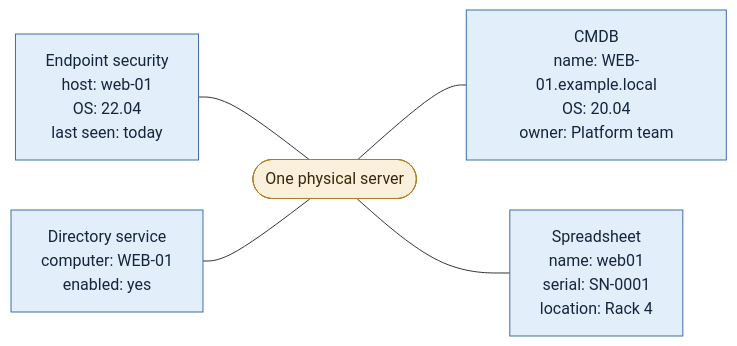
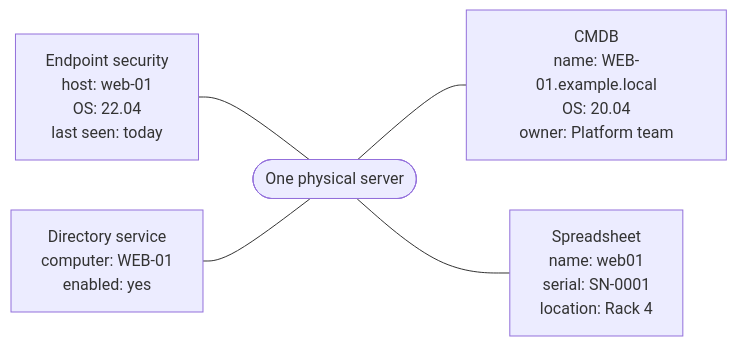
Before and after one commit to corvisau/corvis-sightline-whitepapers: the diagram in docs/prism/methodology/_asset-data-problem.md, drawn with Mermaid. The commit also changed other lines of this file and 72 other files, not shown here.

First line of the commit message:
Restyle Prism diagrams, republish Prism and Sightline docs

````diff
--- a/docs/prism/methodology/_asset-data-problem.md
+++ b/docs/prism/methodology/_asset-data-problem.md
@@ -19,19 +19,14 @@
 ```mermaid
 flowchart LR
     EDR["Endpoint security<br/>host: web-01<br/>OS: 22.04<br/>last seen: today"]
     DIR["Directory service<br/>computer: WEB-01<br/>enabled: yes"]
     A(["One physical server"])
     CMDB["CMDB<br/>name: WEB-01.example.local<br/>OS: 20.04<br/>owner: Platform team"]
     XLS["Spreadsheet<br/>name: web01<br/>serial: SN-0001<br/>location: Rack 4"]
     EDR --- A
     DIR --- A
     A --- CMDB
     A --- XLS
-    classDef src fill:#e3eefb,stroke:#3d6fa8,color:#13263d
-    classDef proc fill:#dff3f0,stroke:#1f8a80,color:#0d2e2b
-    classDef store fill:#fbf0dc,stroke:#b07d1f,color:#3a2806
-    classDef person fill:#f7e4ef,stroke:#a2477f,color:#3a1029
-    classDef muted fill:#eceff3,stroke:#7b8594,color:#1f2630
     class EDR,DIR,CMDB,XLS src
     class A store
 ```
````
